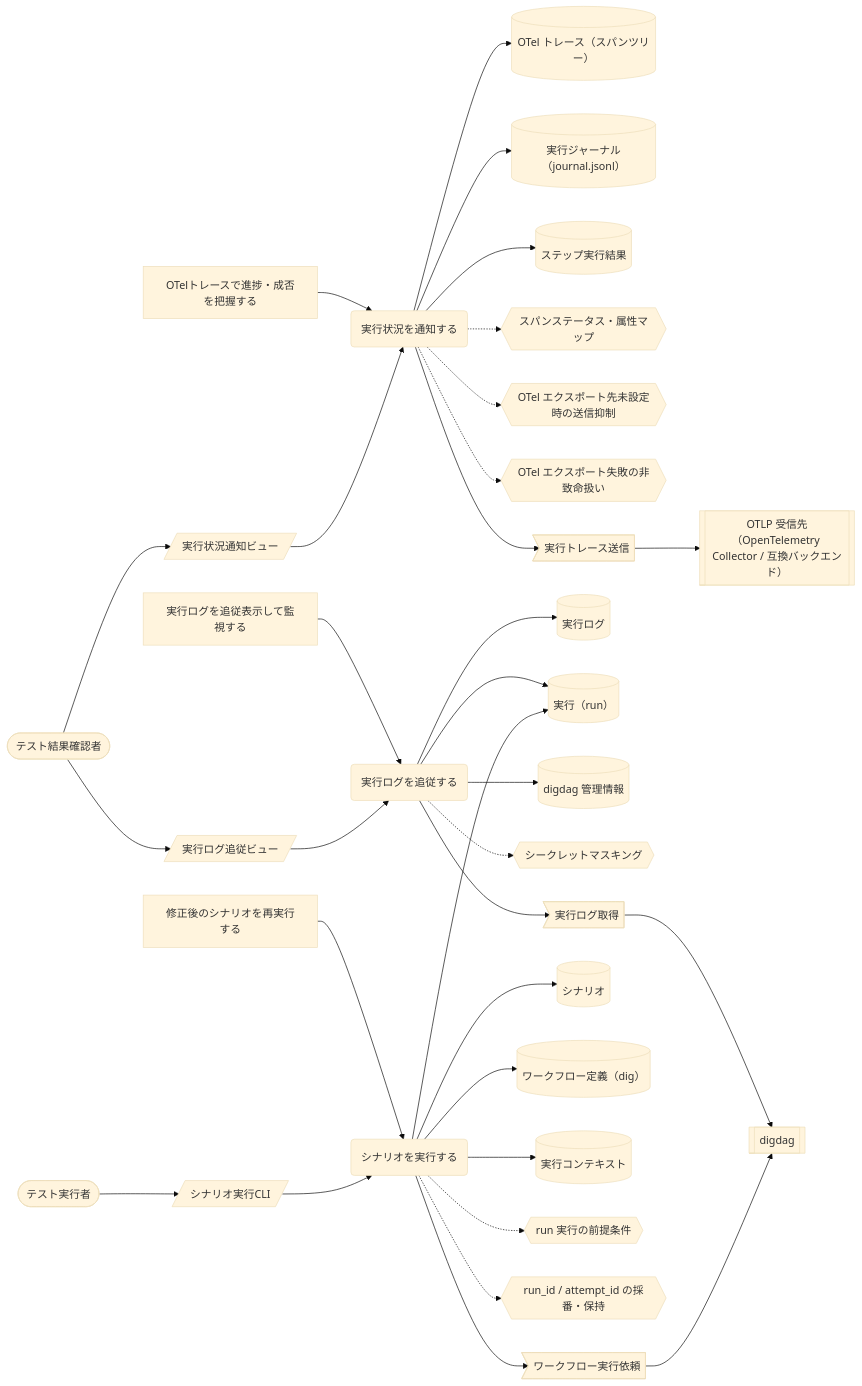
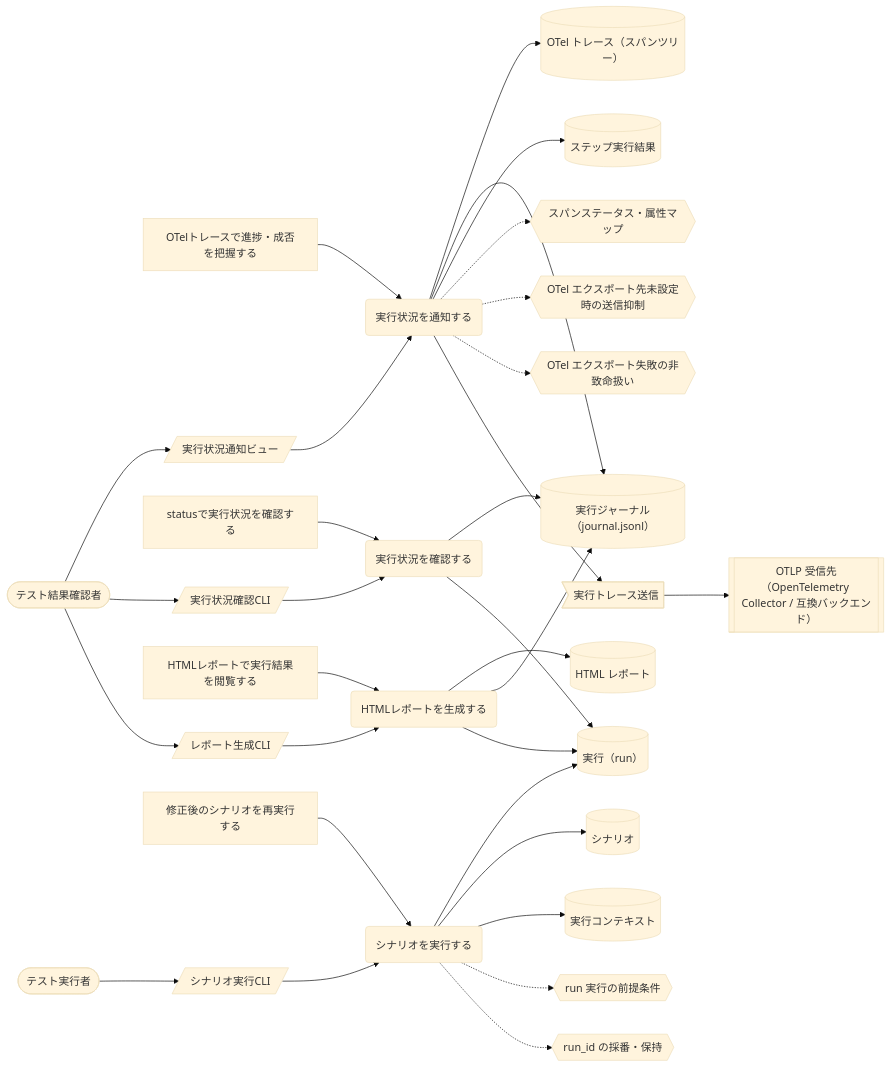
Before and after one commit to scenario-test-framework/stfw: the seventh of 7 diagrams in docs/rdra/latest/views/04_UC複合図.md, drawn with Mermaid (base theme). The commit also changed other lines of this file and 22 other files, not shown here.

First line of the commit message:
docs(requirements): v1.0 リアーキテクティングを USDM/RDRA に反映 (event: 20260708_084933_v1_rearchitecting)

````diff
--- a/docs/rdra/latest/views/04_UC複合図.md
+++ b/docs/rdra/latest/views/04_UC複合図.md
@@ -383,65 +297,61 @@
 ```mermaid
 graph LR
   UC1("実行状況を通知する")
   AT1["OTelトレースで進捗・成否を把握する"]
   IF1[("OTel トレース（スパンツリー）")]
   IF2[("実行ジャーナル（journal.jsonl）")]
   IF3[("ステップ実行結果")]
   CD1{{"スパンステータス・属性マップ"}}
   CD2{{"OTel エクスポート先未設定時の送信抑制"}}
   CD3{{"OTel エクスポート失敗の非致命扱い"}}
   SC1[/"実行状況通知ビュー"/]
   AC1(["テスト結果確認者"])
   EV1>"実行トレース送信"]
   EX1[["OTLP 受信先（OpenTelemetry Collector / 互換バックエンド）"]]
-  UC2("実行ログを追従する")
-  AT2["実行ログを追従表示して監視する"]
-  IF4[("実行ログ")]
-  IF5[("実行（run）")]
-  IF6[("digdag 管理情報")]
-  CD4{{"シークレットマスキング"}}
-  SC2[/"実行ログ追従ビュー"/]
-  EV2>"実行ログ取得"]
-  EX2[["digdag"]]
-  UC3("シナリオを実行する")
-  AT3["修正後のシナリオを再実行する"]
-  IF7[("シナリオ")]
-  IF8[("ワークフロー定義（dig）")]
-  IF9[("実行コンテキスト")]
-  CD5{{"run 実行の前提条件"}}
-  CD6{{"run_id / attempt_id の採番・保持"}}
-  SC3[/"シナリオ実行CLI"/]
+  UC2("実行状況を確認する")
+  AT2["statusで実行状況を確認する"]
+  IF4[("実行（run）")]
+  SC2[/"実行状況確認CLI"/]
+  UC3("HTMLレポートを生成する")
+  AT3["HTMLレポートで実行結果を閲覧する"]
+  IF5[("HTML レポート")]
+  SC3[/"レポート生成CLI"/]
+  UC4("シナリオを実行する")
+  AT4["修正後のシナリオを再実行する"]
+  IF6[("シナリオ")]
+  IF7[("実行コンテキスト")]
+  CD4{{"run 実行の前提条件"}}
+  CD5{{"run_id の採番・保持"}}
+  SC4[/"シナリオ実行CLI"/]
   AC2(["テスト実行者"])
-  EV3>"ワークフロー実行依頼"]
   AT1 --> UC1
   UC1 --> IF1
   UC1 --> IF2
   UC1 --> IF3
   UC1 -.-> CD1
   UC1 -.-> CD2
   UC1 -.-> CD3
   AC1 --> SC1
   SC1 --> UC1
   UC1 --> EV1
   EV1 --> EX1
   AT2 --> UC2
+  UC2 --> IF2
   UC2 --> IF4
-  UC2 --> IF5
-  UC2 --> IF6
-  UC2 -.-> CD4
   AC1 --> SC2
   SC2 --> UC2
-  UC2 --> EV2
-  EV2 --> EX2
   AT3 --> UC3
   UC3 --> IF5
-  UC3 --> IF7
-  UC3 --> IF8
-  UC3 --> IF9
-  UC3 -.-> CD5
-  UC3 -.-> CD6
-  AC2 --> SC3
+  UC3 --> IF2
+  UC3 --> IF4
+  AC1 --> SC3
   SC3 --> UC3
-  UC3 --> EV3
-  EV3 --> EX2
+  AT4 --> UC4
+  UC4 --> IF4
+  UC4 --> IF6
+  UC4 --> IF7
+  UC4 -.-> CD4
+  UC4 -.-> CD5
+  AC2 --> SC4
+  SC4 --> UC4
 ```
````
